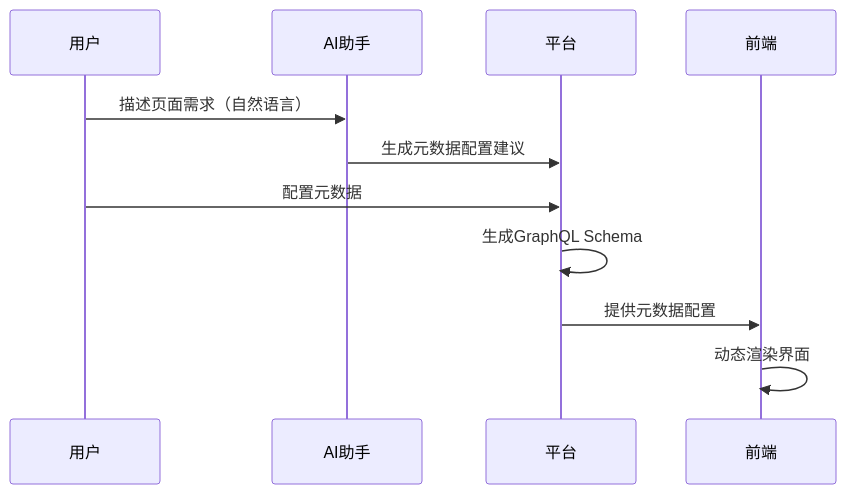
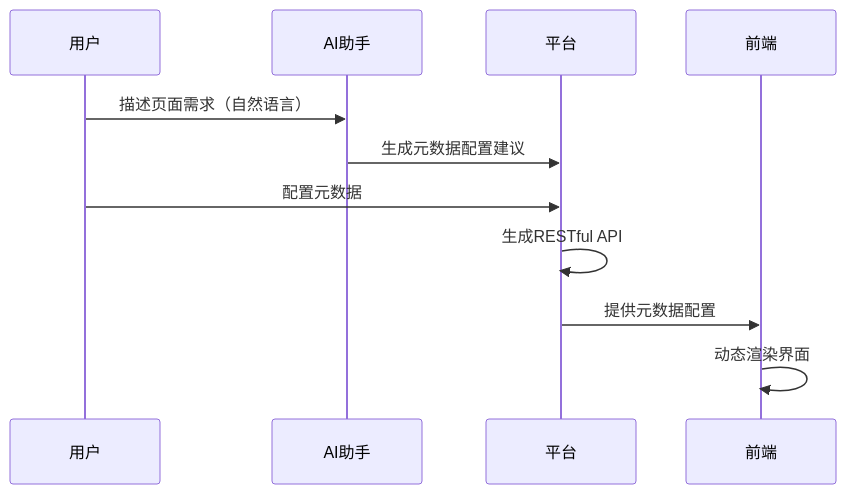
The fifth of 7 diagrams in docs/platform-paradigm.md (HeChuQIU/RuYi), drawn with Mermaid before and after one commit. The commit also changed other lines of this file and 6 other files, not shown here.

````diff
--- a/docs/platform-paradigm.md
+++ b/docs/platform-paradigm.md
@@ -104,14 +104,14 @@
 ```mermaid
 sequenceDiagram
     participant User as 用户
     participant AI as AI助手
     participant Platform as 平台
     participant Frontend as 前端
     
     User->>AI: 描述页面需求（自然语言）
     AI->>Platform: 生成元数据配置建议
     User->>Platform: 配置元数据
-    Platform->>Platform: 生成GraphQL Schema
+    Platform->>Platform: 生成RESTful API
     Platform->>Frontend: 提供元数据配置
     Frontend->>Frontend: 动态渲染界面
 ```
````
